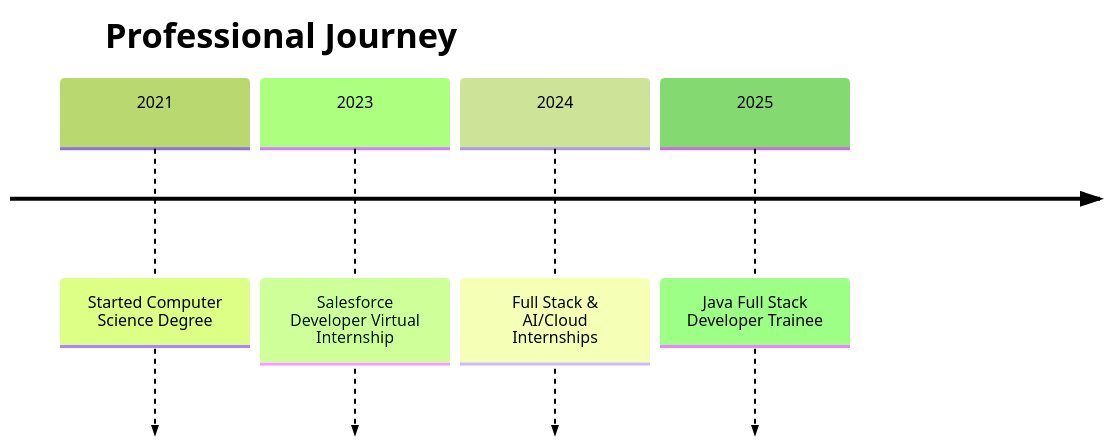
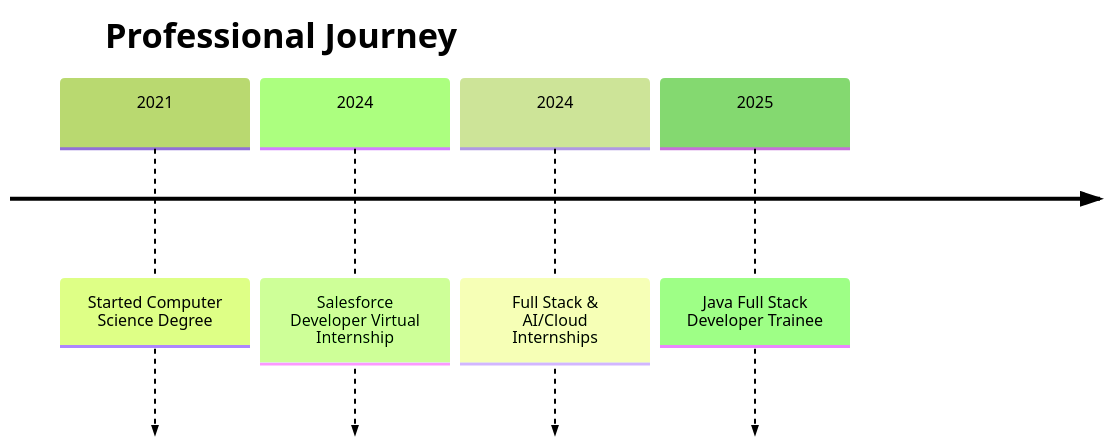
Before and after one commit to manthrivamshi8919/manthrivamshi8919: the diagram in README.md, drawn with Mermaid (forest theme). The commit also changed other lines of this file, not shown here.

````diff
--- a/README.md
+++ b/README.md
@@ -82,8 +82,8 @@
 ```mermaid
 timeline
     title Professional Journey
     2021 : Started Computer Science Degree
-    2023 : Salesforce Developer Virtual Internship
+    2024 : Salesforce Developer Virtual Internship
     2024 : Full Stack & AI/Cloud Internships
     2025 : Java Full Stack Developer Trainee
 ```
````
